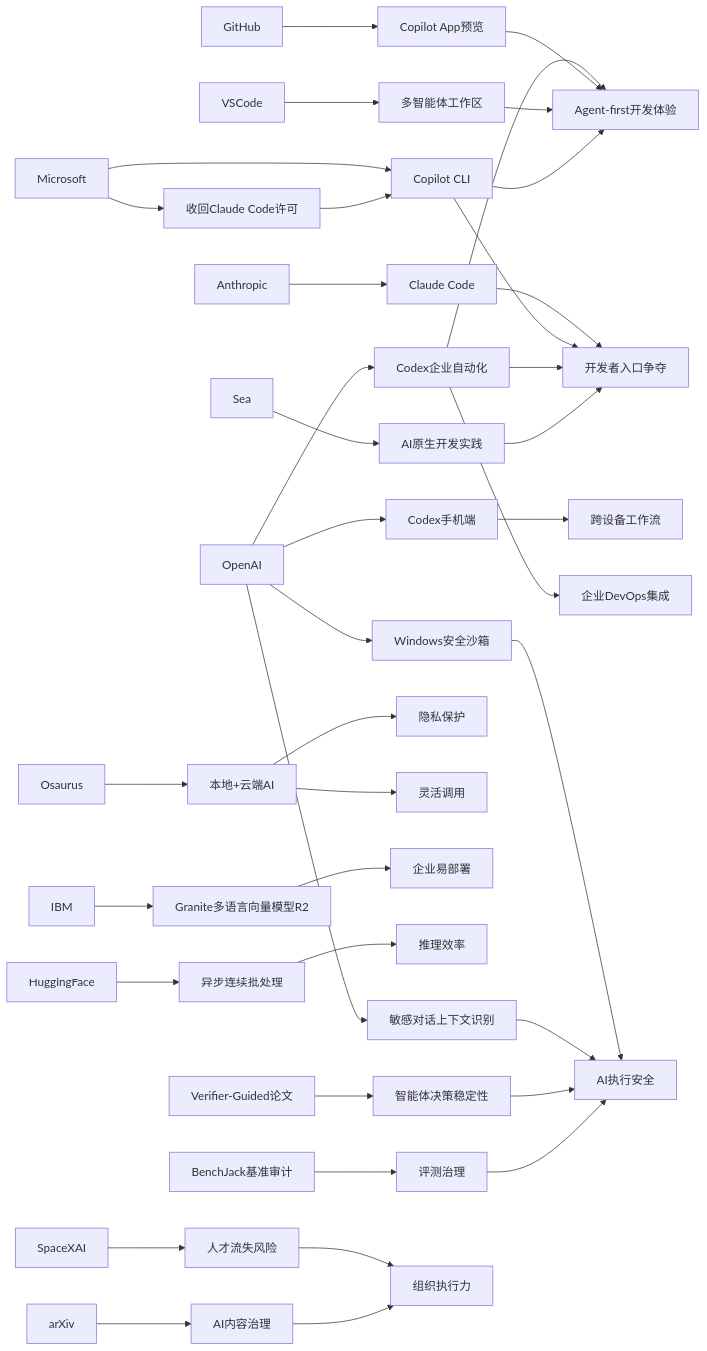
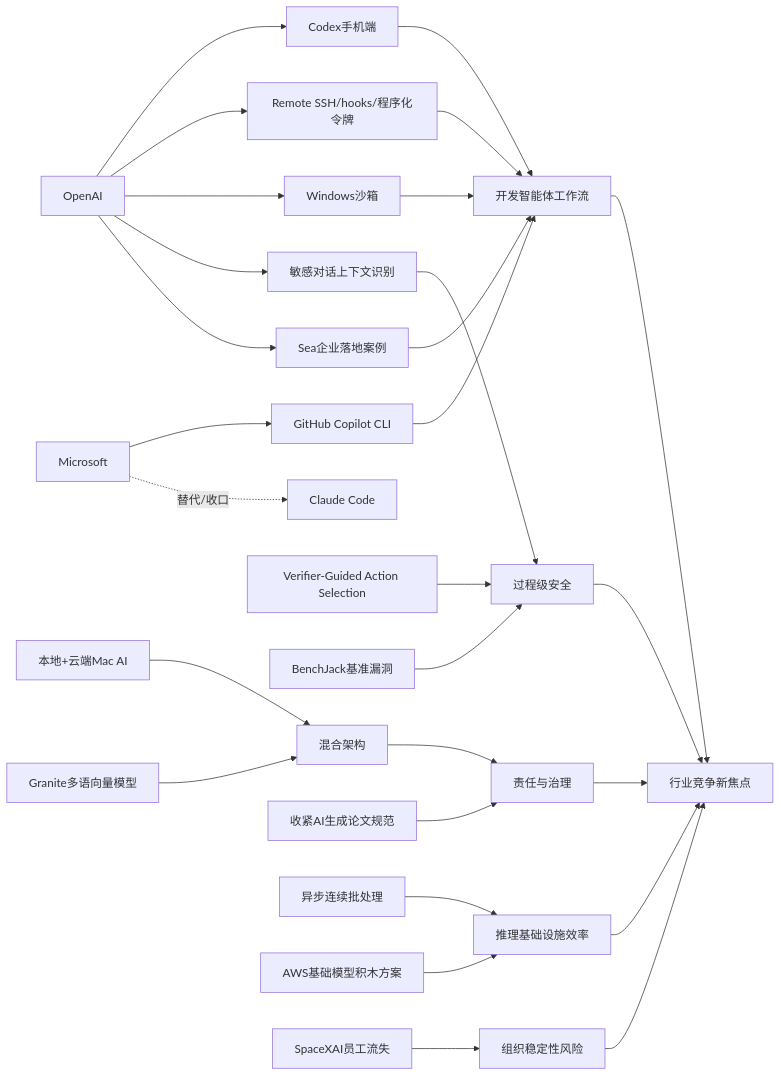
Before and after one commit to zhuxinfei/ai-daily-site: the diagram in content/cn/2026/2026-05/2026-05-15.md, drawn with Mermaid. The commit also changed other lines of this file, not shown here.

````diff
--- a/content/cn/2026/2026-05/2026-05-15.md
+++ b/content/cn/2026/2026-05/2026-05-15.md
@@ -110,49 +110,36 @@
 ```mermaid
 graph LR
     OpenAI --> Codex_Mobile[Codex手机端]
-    OpenAI --> Codex_Enterprise[Codex企业自动化]
+    OpenAI --> Codex_Remote[Remote SSH/hooks/程序化令牌]
+    OpenAI --> Codex_Sandbox[Windows沙箱]
     OpenAI --> Sensitive_Context[敏感对话上下文识别]
-    OpenAI --> Windows_Sandbox[Windows安全沙箱]
+    OpenAI --> Sea_Case[Sea企业落地案例]
 
-    Codex_Enterprise --> Agent_First[Agent-first开发体验]
-    Codex_Mobile --> Cross_Device[跨设备工作流]
-    Codex_Enterprise --> DevOps[企业DevOps集成]
-    Windows_Sandbox --> AI_Safety[AI执行安全]
+    Codex_Mobile --> Agent_Workflow[开发智能体工作流]
+    Codex_Remote --> Agent_Workflow
+    Codex_Sandbox --> Agent_Workflow
+    Sea_Case --> Agent_Workflow
 
-    GitHub --> Copilot_App[Copilot App预览]
-    VSCode --> Multi_Agent[多智能体工作区]
-    Microsoft --> Copilot_CLI[Copilot CLI]
-    Microsoft --> Revoke_Claude[收回Claude Code许可]
-    Anthropic --> Claude_Code[Claude Code]
+    Microsoft --> CopilotCLI[GitHub Copilot CLI]
+    Microsoft -.替代/收口.-> ClaudeCode[Claude Code]
+    CopilotCLI --> Agent_Workflow
 
-    Revoke_Claude --> Copilot_CLI
-    Copilot_App --> Agent_First
-    Multi_Agent --> Agent_First
-    Copilot_CLI --> Agent_First
-    Claude_Code --> Dev_Tool_War[开发者入口争夺]
-    Copilot_CLI --> Dev_Tool_War
-    Codex_Enterprise --> Dev_Tool_War
+    Verifier_Paper[Verifier-Guided Action Selection] --> AI_Safety[过程级安全]
+    BenchJack[BenchJack基准漏洞] --> AI_Safety
+    Sensitive_Context --> AI_Safety
 
-    Osaurus --> Hybrid_AI[本地+云端AI]
-    Hybrid_AI --> Privacy[隐私保护]
-    Hybrid_AI --> Flexibility[灵活调用]
+    Osaurus[本地+云端Mac AI] --> Hybrid_AI[混合架构]
+    Granite[Granite多语向量模型] --> Hybrid_AI
+    arXiv[收紧AI生成论文规范] --> Governance[责任与治理]
+    Hybrid_AI --> Governance
 
-    IBM --> Granite_R2[Granite多语言向量模型R2]
-    HuggingFace --> Async_Batching[异步连续批处理]
-    Granite_R2 --> Enterprise_Deploy[企业易部署]
-    Async_Batching --> Inference_Efficiency[推理效率]
+    HF_Async[异步连续批处理] --> Infra[推理基础设施效率]
+    AWS_Blocks[AWS基础模型积木方案] --> Infra
+    SpaceXAI[SpaceXAI员工流失] --> Org_Risk[组织稳定性风险]
 
-    Verifier_Paper[Verifier-Guided论文] --> Agent_Reliability[智能体决策稳定性]
-    BenchJack[BenchJack基准审计] --> Eval_Governance[评测治理]
-    Sensitive_Context --> AI_Safety
-    Agent_Reliability --> AI_Safety
-    Eval_Governance --> AI_Safety
-
-    arXiv --> AI_Governance[AI内容治理]
-    SpaceXAI --> Talent_Risk[人才流失风险]
-    Sea --> AI_Native_Dev[AI原生开发实践]
-
-    AI_Native_Dev --> Dev_Tool_War
-    Talent_Risk --> Org_Execution[组织执行力]
-    AI_Governance --> Org_Execution
+    Infra --> Industry_Competition[行业竞争新焦点]
+    Org_Risk --> Industry_Competition
+    Agent_Workflow --> Industry_Competition
+    AI_Safety --> Industry_Competition
+    Governance --> Industry_Competition
 ```
````
